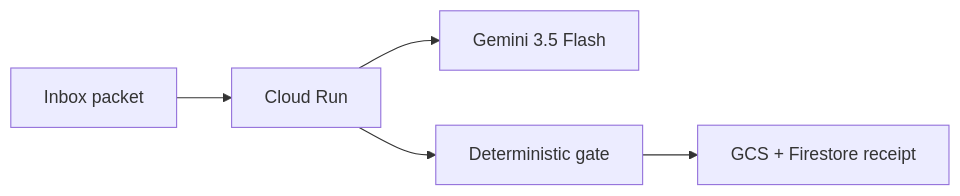
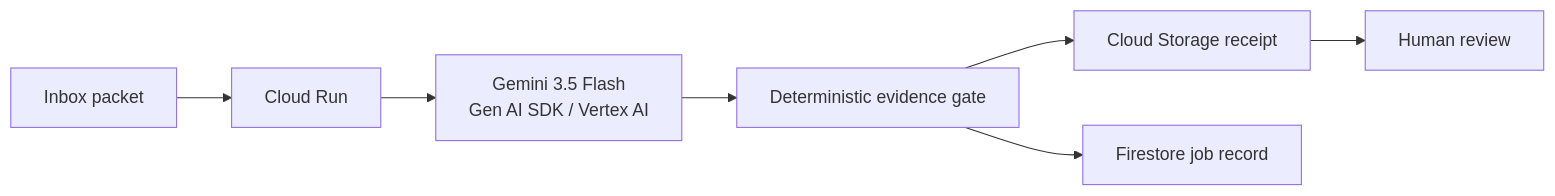
One commit to ttthkim-hue/night-clerk changed the diagram in README.md. Above: the diagram before and after it, drawn with Mermaid. The commit also changed other lines of this file, not shown here.

````diff
--- a/README.md
+++ b/README.md
@@ -31,7 +43,9 @@
 ```mermaid
 flowchart LR
     Inbox[Inbox packet] --> Run[Cloud Run]
-    Run --> Gemini[Gemini 3.5 Flash]
-    Run --> Gate[Deterministic gate]
-    Gate --> Receipt[GCS + Firestore receipt]
+    Run --> Gemini[Gemini 3.5 Flash\nGen AI SDK / Vertex AI]
+    Gemini --> Gate[Deterministic evidence gate]
+    Gate --> Receipt[Cloud Storage receipt]
+    Gate --> Firestore[Firestore job record]
+    Receipt --> Human[Human review]
 ```
````
